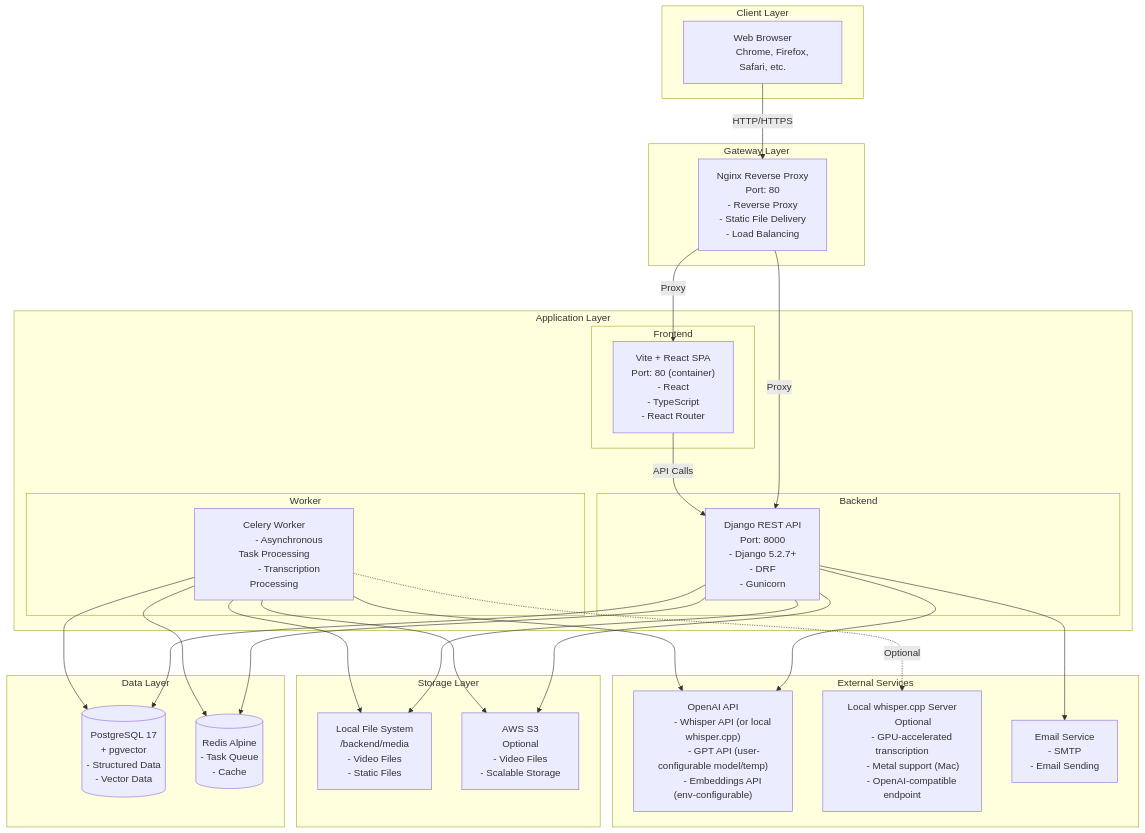
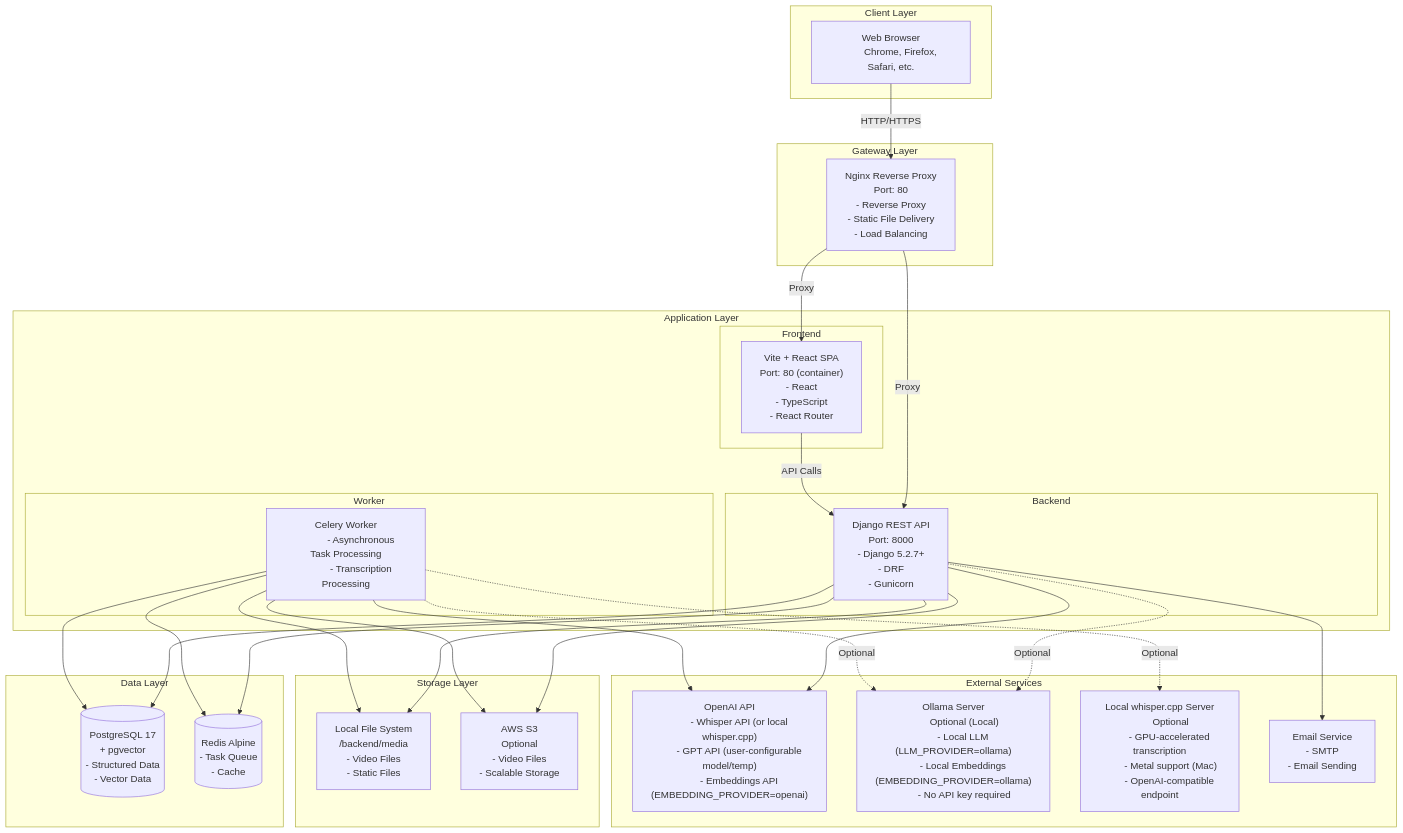
Before and after one commit to yukiharada1228/videoq: the first of 7 diagrams in docs/architecture/system-configuration-diagram.md, drawn with Mermaid. The commit also changed 2 other files, not shown here.

Commit message:
docs: update documentation for unified environment variables
Update README.md and docs/ to reflect the simplified environment
variable structure after removing OLLAMA_EMBEDDING_MODEL and OLLAMA_LLM_MODEL.

Changes:
- Add LLM_PROVIDER and LLM_MODEL to important variables list
- Add "Local LLM with Ollama" section to README
- Clarify that per-user LLM settings only apply to OpenAI provider
- Update deployment diagram with all env vars (EMBEDDING_PROVIDER, LLM_PROVIDER, etc.)
- Update system configuration diagram to show Ollama as optional external service
- Document Ollama support for both embeddings and LLM

````diff
--- a/docs/architecture/system-configuration-diagram.md
+++ b/docs/architecture/system-configuration-diagram.md
@@ -70,7 +70,12 @@
         OpenAI["OpenAI API
         - Whisper API (or local whisper.cpp)
         - GPT API (user-configurable model/temp)
-        - Embeddings API (env-configurable)"]
+        - Embeddings API (EMBEDDING_PROVIDER=openai)"]
+        Ollama["Ollama Server
+        Optional (Local)
+        - Local LLM (LLM_PROVIDER=ollama)
+        - Local Embeddings (EMBEDDING_PROVIDER=ollama)
+        - No API key required"]
         WhisperLocal["Local whisper.cpp Server
         Optional
         - GPU-accelerated transcription
@@ -90,11 +95,13 @@
     Django --> LocalFS
     Django --> S3
     Django --> OpenAI
+    Django -.->|Optional| Ollama
     Django --> Email
     Celery --> Redis
     Celery --> PostgreSQL
     Celery --> LocalFS
     Celery --> S3
     Celery --> OpenAI
+    Celery -.->|Optional| Ollama
     Celery -.->|Optional| WhisperLocal
 ```
````
